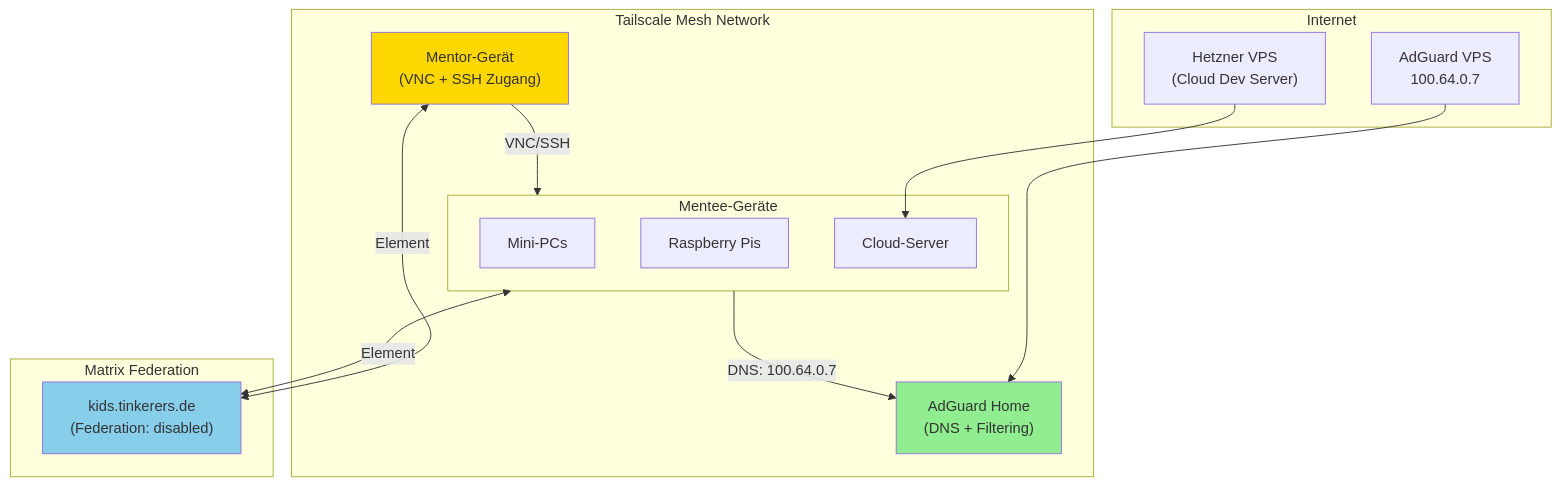
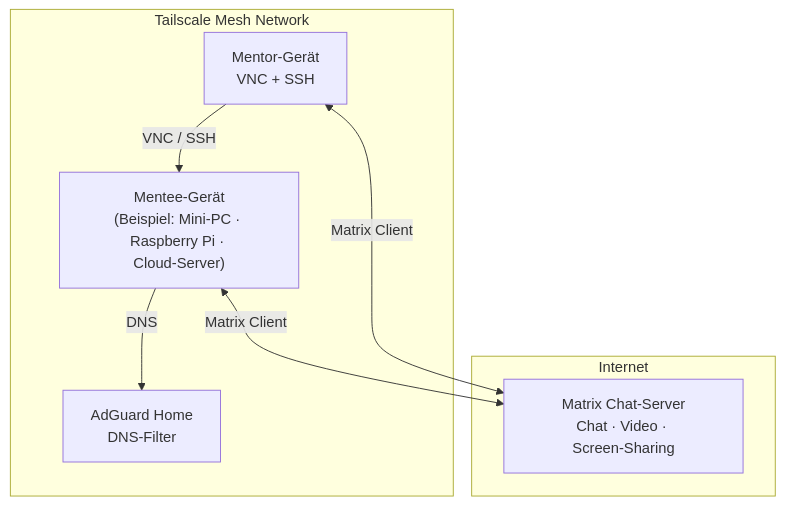
The diagram in docs-teachers/dev-infrastruktur.md (tinkerers-kids/website), drawn with Mermaid before and after one commit. The commit also changed other lines of this file and 2 other files, not shown here.

````diff
--- a/docs-teachers/dev-infrastruktur.md
+++ b/docs-teachers/dev-infrastruktur.md
@@ -11,34 +25,17 @@
 ```mermaid
 flowchart TB
     subgraph Internet["Internet"]
-        hetzner["Hetzner VPS<br/>(Cloud Dev Server)"]
-        adguard_vps["AdGuard VPS<br/>100.64.0.7"]
+        matrix_server["Matrix Chat‑Server<br/>Chat · Video · Screen‑Sharing"]
     end
 
     subgraph Tailscale["Tailscale Mesh Network"]
-        adguard["AdGuard Home<br/>(DNS + Filtering)"]
-        mentor["Mentor-Gerät<br/>(VNC + SSH Zugang)"]
-
-        subgraph Mentees["Mentee-Geräte"]
-            minipc["Mini-PCs"]
-            raspi["Raspberry Pis"]
-            cloud["Cloud-Server"]
-        end
+        mentor["Mentor‑Gerät<br/>VNC + SSH"]
+        adguard["AdGuard Home<br/>DNS‑Filter"]
+        mentee["Mentee‑Gerät<br/>(Beispiel: Mini‑PC · Raspberry Pi · Cloud‑Server)"]
     end
 
-    subgraph Matrix["Matrix Federation"]
-        matrix_server["kids.tinkerers.de<br/>(Federation: disabled)"]
-    end
-
-    hetzner --> cloud
-    adguard_vps --> adguard
-
-    Mentees -->|"DNS: 100.64.0.7"| adguard
-    mentor -->|"VNC/SSH"| Mentees
-    Mentees <-->|"Element"| matrix_server
-    mentor <-->|"Element"| matrix_server
-
-    style adguard fill:#90EE90
-    style matrix_server fill:#87CEEB
-    style mentor fill:#FFD700
+    mentor -->|VNC / SSH| mentee
+    mentee -->|DNS| adguard
+    mentee <-->|Matrix Client| matrix_server
+    mentor <-->|Matrix Client| matrix_server
 ```
````
